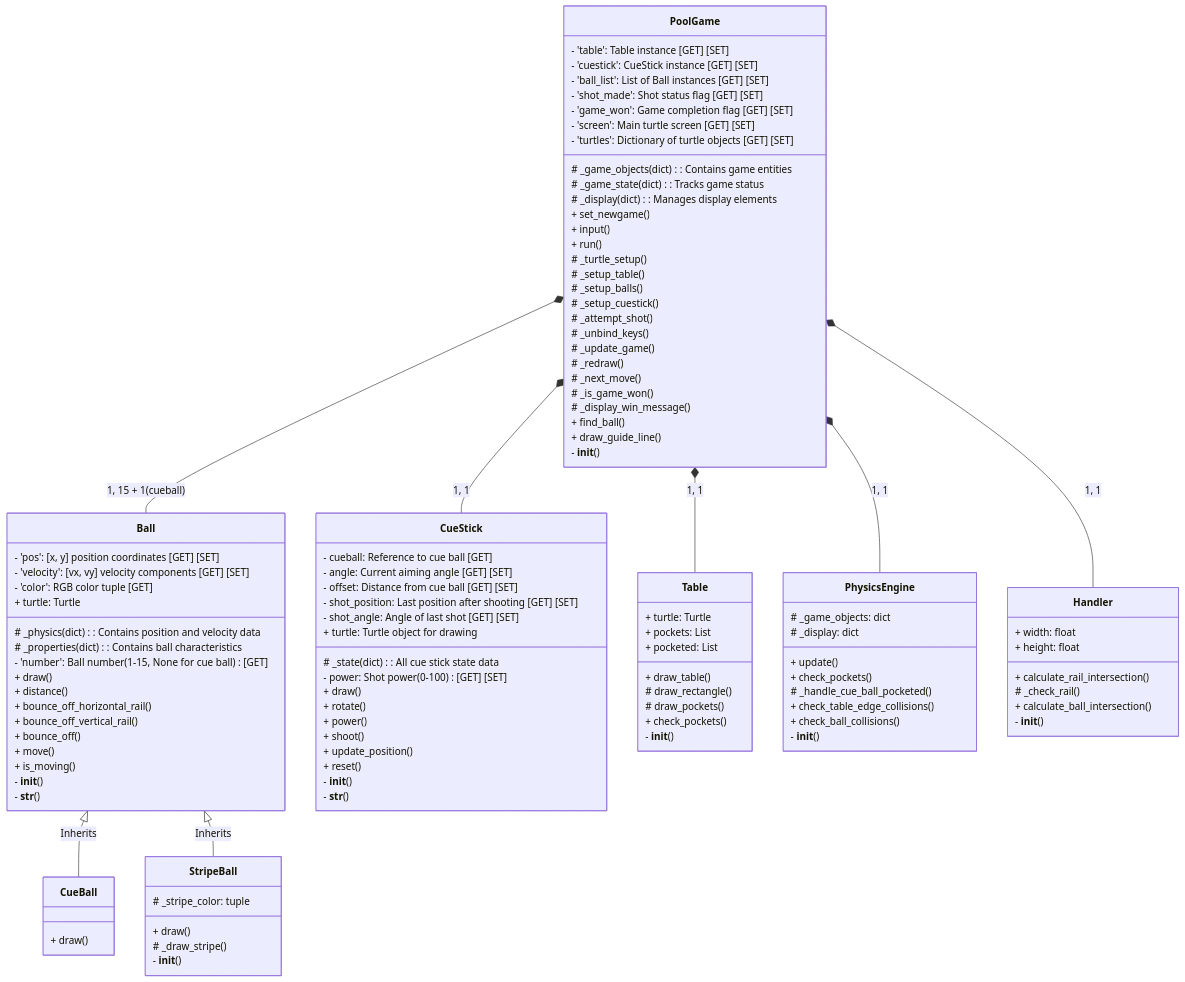
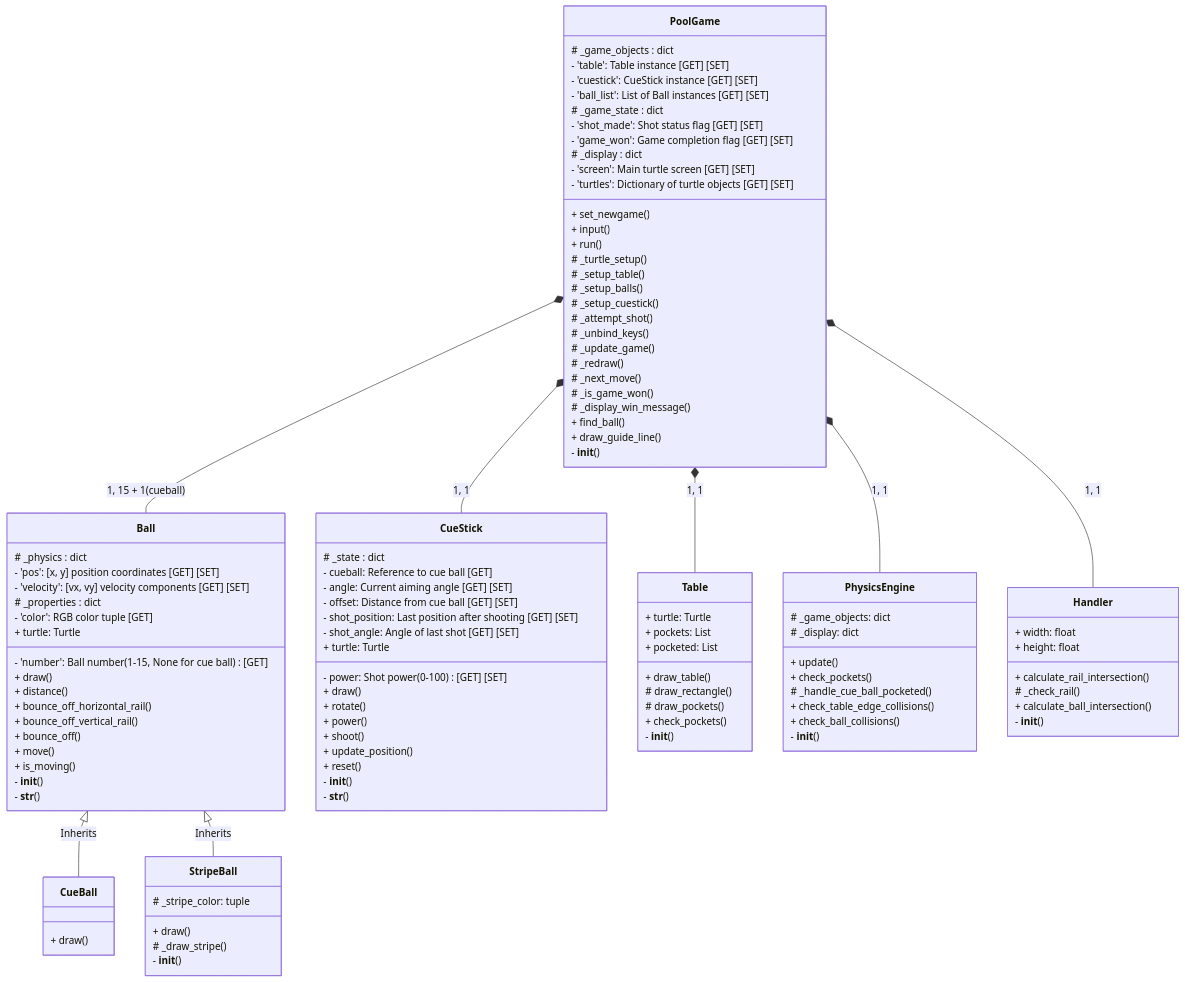
The diagram in README.md (uzimpp/8pool), drawn with Mermaid before and after one commit.

```diff
--- a/README.md
+++ b/README.md
@@ -206,14 +206,14 @@
 classDiagram
 
     class PoolGame {
-        # _game_objects (dict): Contains game entities
+        # _game_objects : dict
             - 'table': Table instance [GET] [SET]
             - 'cuestick': CueStick instance [GET] [SET]
             - 'ball_list': List of Ball instances [GET] [SET]
-        # _game_state (dict): Tracks game status
+        # _game_state : dict
             - 'shot_made': Shot status flag [GET] [SET]
             - 'game_won': Game completion flag [GET] [SET]
-        # _display (dict): Manages display elements
+        # _display : dict
             - 'screen': Main turtle screen [GET] [SET]
             - 'turtles': Dictionary of turtle objects [GET] [SET]
         + set_newgame()
@@ -236,10 +236,10 @@
     }
 
     class Ball {
-        # _physics (dict): Contains position and velocity data
+        # _physics : dict
             - 'pos': [x, y] position coordinates [GET] [SET]
             - 'velocity': [vx, vy] velocity components [GET] [SET]
-        # _properties (dict): Contains ball characteristics
+        # _properties : dict
             - 'number': Ball number (1-15, None for cue ball) [GET]
             - 'color': RGB color tuple [GET]
         + turtle: Turtle
@@ -266,14 +266,14 @@
     }
 
     class CueStick {
-        # _state (dict): All cue stick state data
+        # _state : dict
             - cueball: Reference to cue ball [GET]
             - angle: Current aiming angle [GET] [SET]
             - offset: Distance from cue ball [GET] [SET]
             - power: Shot power (0-100) [GET] [SET]
             - shot_position: Last position after shooting [GET] [SET]
             - shot_angle: Angle of last shot [GET] [SET]
-        + turtle: Turtle object for drawing
+        + turtle: Turtle
         + draw()
         + rotate()
         + power()
```
